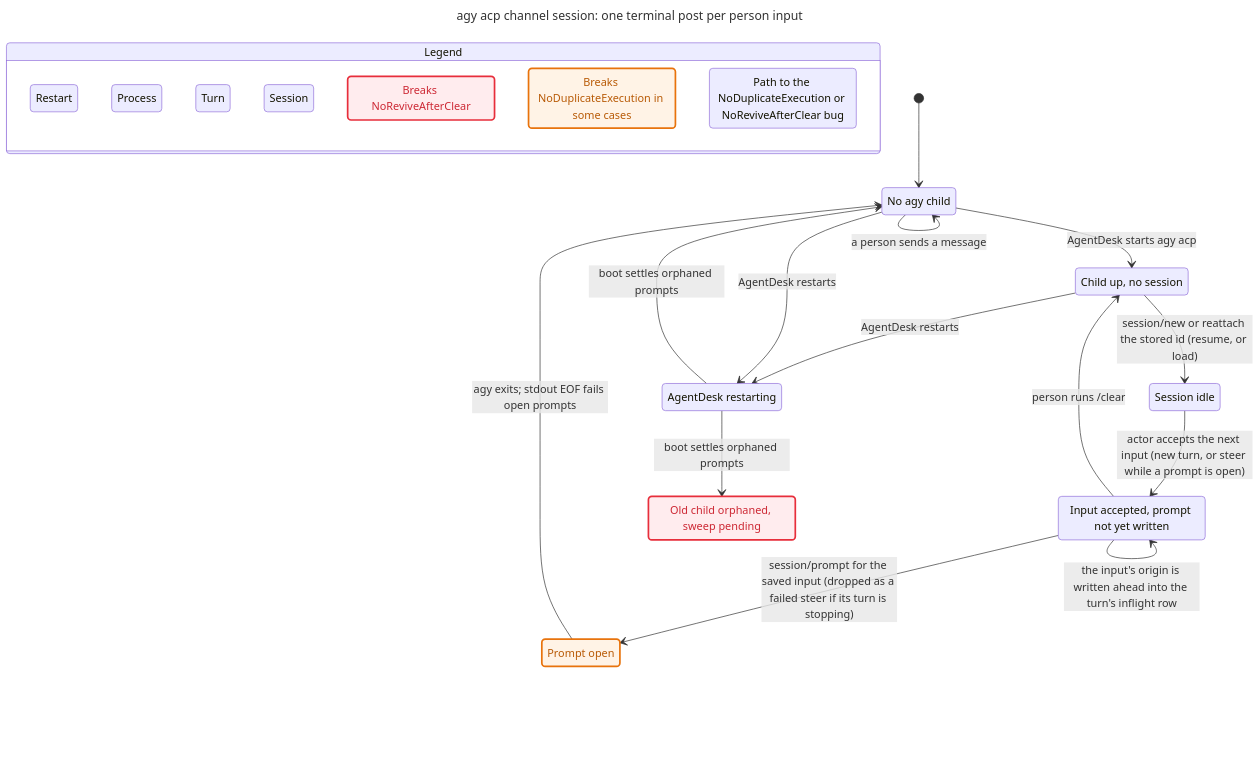
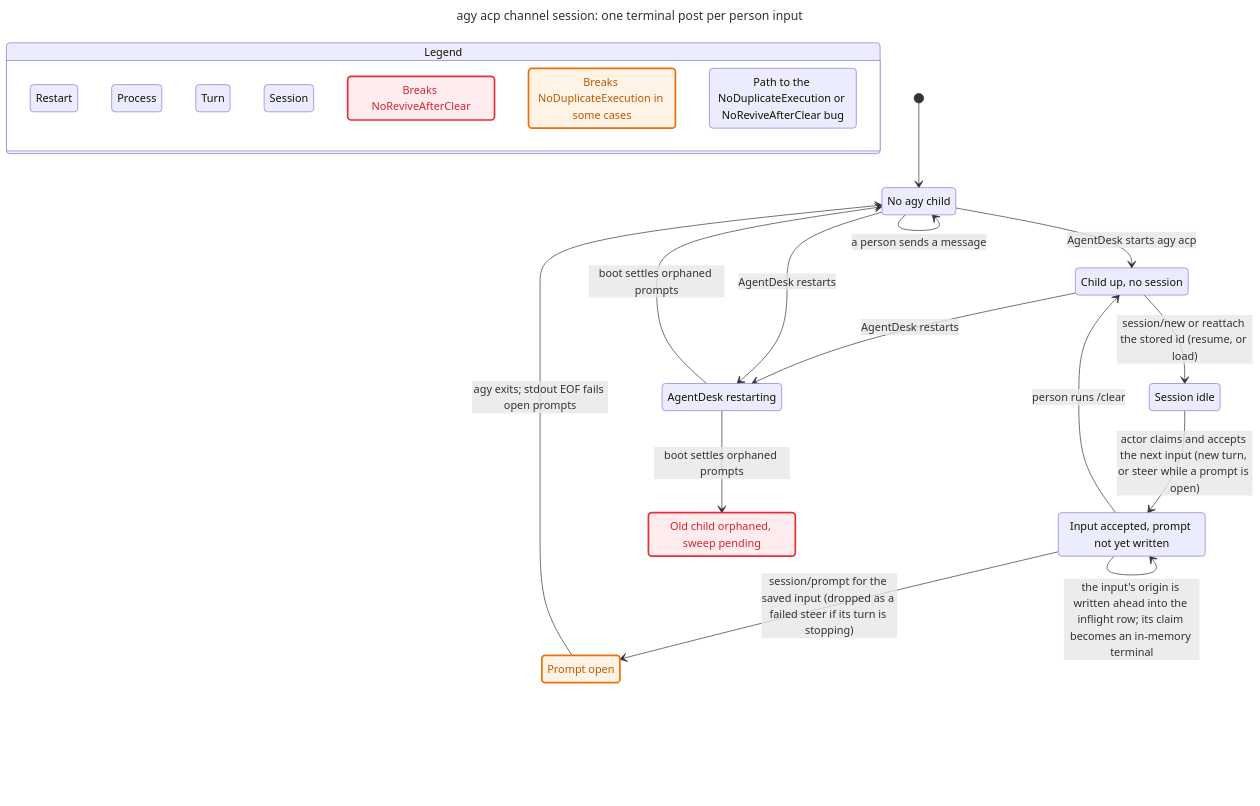
One commit to itismyfield/AgentDesk changed the diagram in docs/statecharts/agy-acp/agy-acp-catchup.chart.mmd. Above: the diagram before and after it, drawn with Mermaid. The commit also changed 39 other files, not shown here.

First line of the commit message:
docs(agy): #8339 design 1i — hold steer notices until the final body, hand the steer claim to an in-memory terminal

```diff
--- a/docs/statecharts/agy-acp/agy-acp-catchup.chart.mmd
+++ b/docs/statecharts/agy-acp/agy-acp-catchup.chart.mmd
@@ -1,58 +1,58 @@
 ---
 title: "agy acp channel session: one terminal post per person input"
 ---
 stateDiagram-v2
   state "Legend" as legend {
     lg0: Restart
     lg1: Process
     lg2: Turn
     lg3: Session
     lg4: Breaks NoReviveAfterClear
     lg5: Breaks NoDuplicateExecution in some cases
     lg6: Path to the NoDuplicateExecution or NoReviveAfterClear bug
   }
   class lg0 pink
   class lg1 tan
   class lg2 blue
   class lg3 teal
   class lg4 breaks
   class lg5 mayBreak
   class lg6 bugPath
   s0: No agy child
   s1: Child up, no session
   s2: Session idle
   s3: Input accepted, prompt not yet written
   s4: Prompt open
   s5: AgentDesk restarting
   s6: Old child orphaned, sweep pending
   [*] --> s0
   s0 --> s0: a person sends a message
   s0 --> s1: AgentDesk starts agy acp
   s1 --> s2: session/new or reattach the stored id (resume, or load)
-  s2 --> s3: actor accepts the next input (new turn, or steer while a prompt is open)
-  s3 --> s3: the input's origin is written ahead into the turn's inflight row
+  s2 --> s3: actor claims and accepts the next input (new turn, or steer while a prompt is open)
+  s3 --> s3: the input's origin is written ahead into the inflight row#59; its claim becomes an in-memory terminal
   s3 --> s1: person runs /clear
   s3 --> s4: session/prompt for the saved input (dropped as a failed steer if its turn is stopping)
   s1 --> s5: AgentDesk restarts
   s4 --> s0: agy exits#59; stdout EOF fails open prompts
   s5 --> s6: boot settles orphaned prompts
   s0 --> s5: AgentDesk restarts
   s5 --> s0: boot settles orphaned prompts
   classDef breaks fill:#ffecee,stroke:#e72e3b,stroke-width:2.5px,color:#cd2834
   classDef mayBreak fill:#fff3e6,stroke:#e8730c,stroke-width:2.5px,color:#b85a06
   class s0 tan
   class s0 bugPath
   class s1 teal
   class s1 bugPath
   class s2 teal
   class s2 bugPath
   class s3 teal
   class s3 bugPath
   class s4 blue
   class s4 mayBreak
   class s4 bugPath
   class s5 pink
   class s5 bugPath
   class s6 tan
   class s6 breaks
   class s6 bugPath
```
